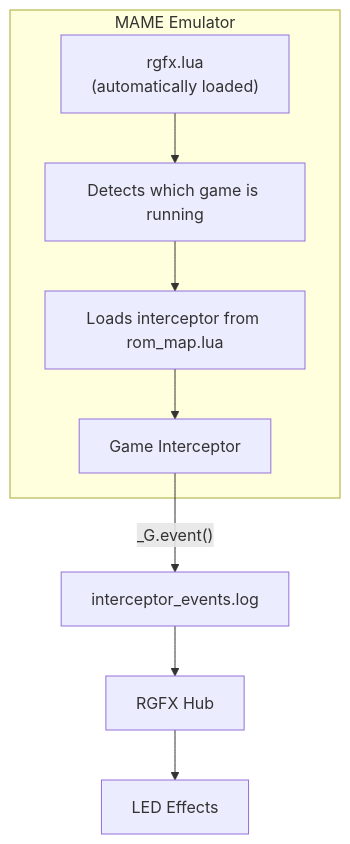
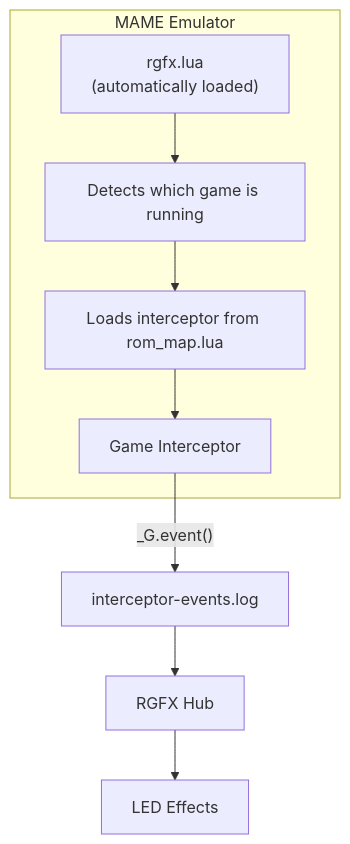
Before and after one commit to mfurniss/rgfx: the diagram in public-docs/docs/interceptors/index.md, drawn with Mermaid. The commit also changed 115 other files, not shown here.

First line of the commit message:
Rename interceptor_events.log to interceptor-events.log and update docs

````diff
--- a/public-docs/docs/interceptors/index.md
+++ b/public-docs/docs/interceptors/index.md
@@ -20,15 +20,15 @@
 ```mermaid
 flowchart TB
     subgraph MAME["MAME Emulator"]
         rgfx["rgfx.lua<br/>(automatically loaded)"]
         detect["Detects which game is running"]
         load["Loads interceptor from rom_map.lua"]
         intercept["Game Interceptor"]
 
         rgfx --> detect --> load --> intercept
     end
 
-    intercept --> |"_G.event()"| logfile["interceptor_events.log"]
+    intercept --> |"_G.event()"| logfile["interceptor-events.log"]
     logfile --> hub["RGFX Hub"]
     hub --> led["LED Effects"]
 ```
````
